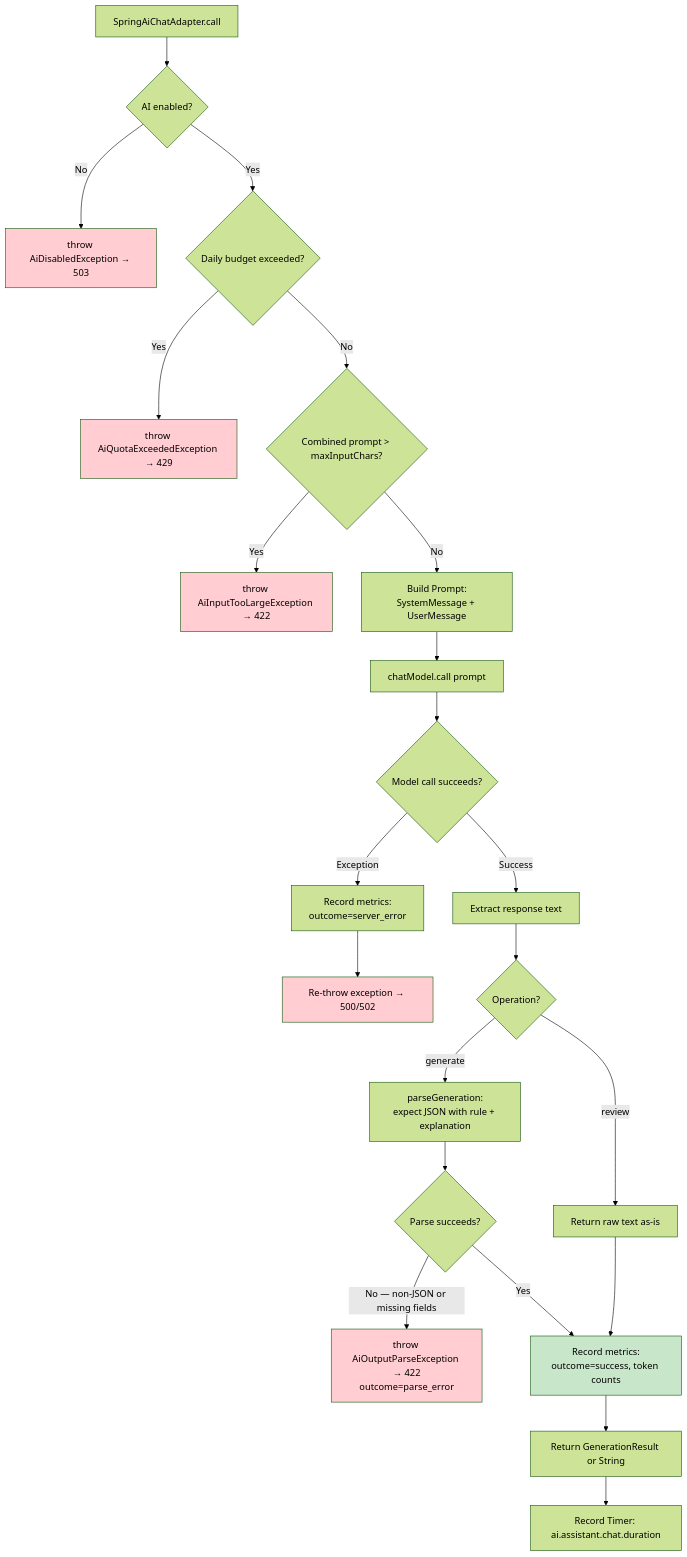
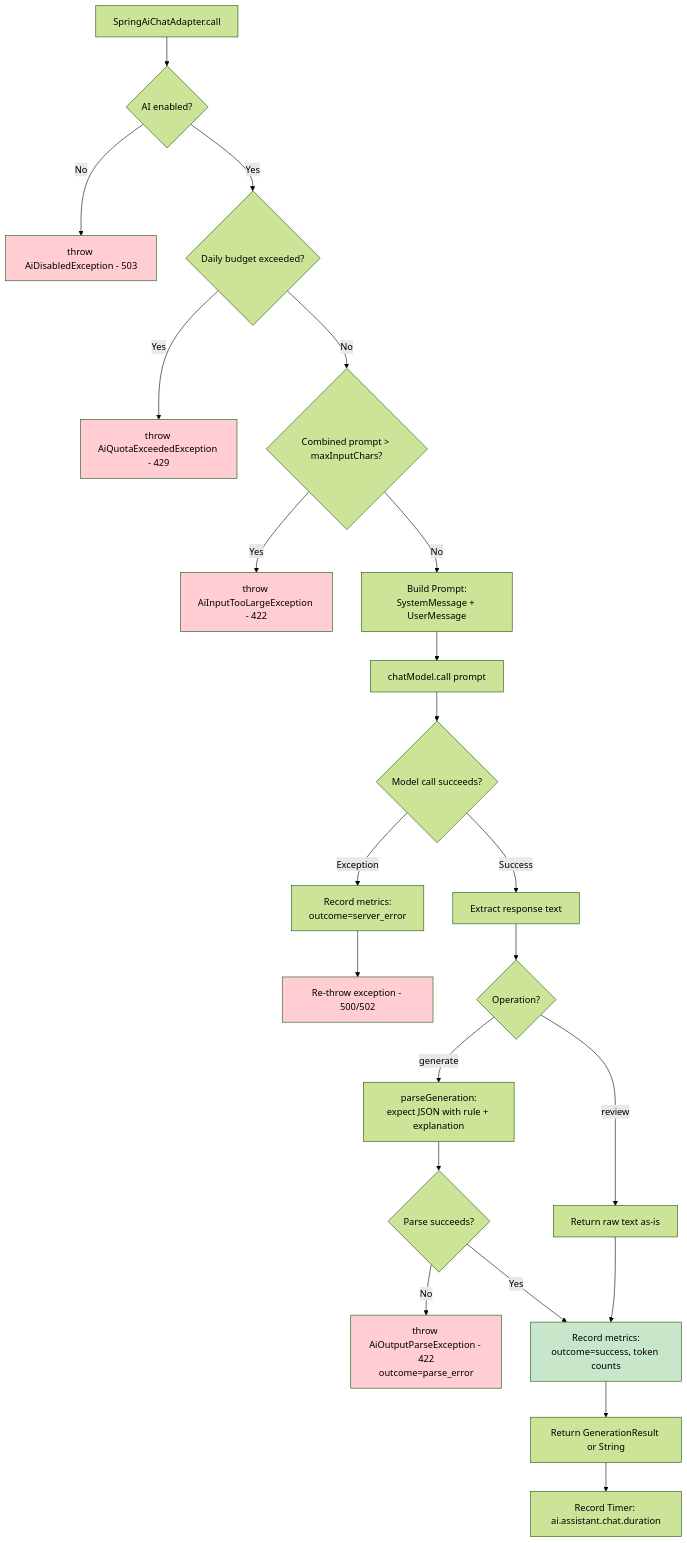
One commit to Wongsawat/fee-engine-ai-assistant changed the second of 13 diagrams in docs/flow-diagrams.md. Above: the diagram before and after it, drawn with Mermaid (forest theme). The commit also changed other lines of this file, not shown here.

Commit message:
fix: resolve Mermaid rendering errors in flow diagrams

````diff
--- a/docs/flow-diagrams.md
+++ b/docs/flow-diagrams.md
@@ -87,37 +87,37 @@
 ```mermaid
 flowchart TD
     A[SpringAiChatAdapter.call] --> B{AI enabled?}
-    B -->|No| C[throw AiDisabledException → 503]
+    B -->|No| C["throw AiDisabledException - 503"]
     B -->|Yes| D{Daily budget exceeded?}
-    D -->|Yes| E[throw AiQuotaExceededException → 429]
+    D -->|Yes| E["throw AiQuotaExceededException - 429"]
     D -->|No| F{Combined prompt > maxInputChars?}
-    F -->|Yes| G[throw AiInputTooLargeException → 422]
+    F -->|Yes| G["throw AiInputTooLargeException - 422"]
     F -->|No| H[Build Prompt:<br/>SystemMessage + UserMessage]
 
     H --> I[chatModel.call prompt]
     I --> J{Model call succeeds?}
 
     J -->|Exception| K[Record metrics:<br/>outcome=server_error]
-    K --> L[Re-throw exception → 500/502]
+    K --> L["Re-throw exception - 500/502"]
 
     J -->|Success| M[Extract response text]
     M --> N{Operation?}
 
     N -->|generate| O[parseGeneration:<br/>expect JSON with rule + explanation]
     N -->|review| P[Return raw text as-is]
 
     O --> Q{Parse succeeds?}
-    Q -->|No — non-JSON or missing fields| R[throw AiOutputParseException → 422<br/>outcome=parse_error]
+    Q -->|"No"| R["throw AiOutputParseException - 422<br/>outcome=parse_error"]
     Q -->|Yes| S[Record metrics:<br/>outcome=success, token counts]
     P --> S
 
     S --> T[Return GenerationResult or String]
     T --> U[Record Timer: ai.assistant.chat.duration]
 
     style C fill:#ffcdd2
     style E fill:#ffcdd2
     style G fill:#ffcdd2
     style R fill:#ffcdd2
     style L fill:#ffcdd2
     style S fill:#c8e6c9
 ```
````
